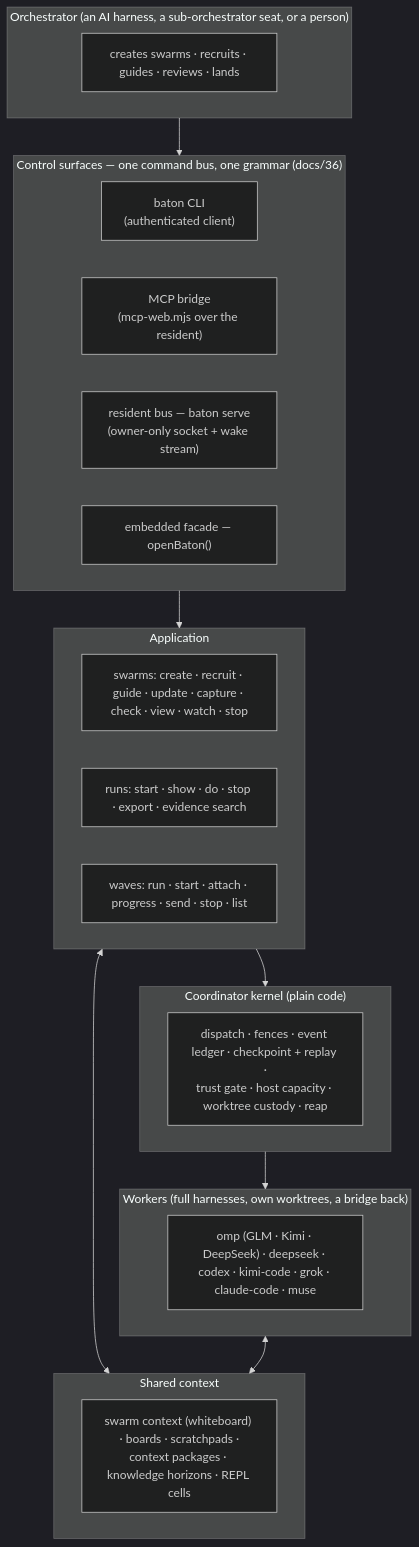
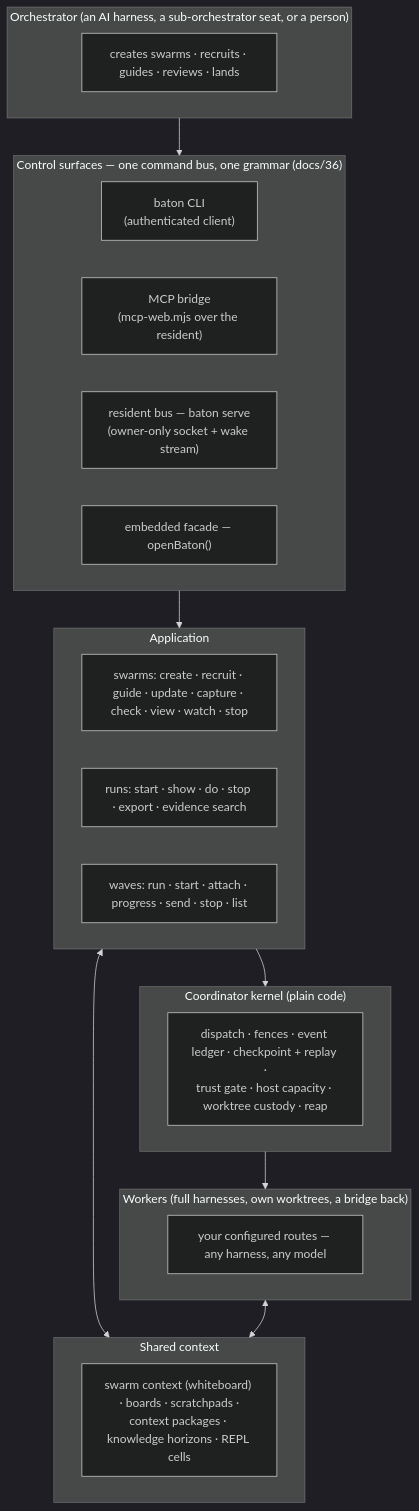
Before and after one commit to Flip-Engineering/baton: the diagram in README.md, drawn with Mermaid (dark theme). The commit also changed other lines of this file and 1 other file, not shown here.

````diff
--- a/README.md
+++ b/README.md
@@ -35,29 +31,29 @@
 ```mermaid
 flowchart TB
     subgraph YOU["Orchestrator (an AI harness, a sub-orchestrator seat, or a person)"]
         O[creates swarms · recruits · guides · reviews · lands]
     end
     subgraph SURFACES["Control surfaces — one command bus, one grammar (docs/36)"]
         CLI["baton CLI<br/>(authenticated client)"]
         MCP["MCP bridge<br/>(mcp-web.mjs over the resident)"]
         WEB["resident bus — baton serve<br/>(owner-only socket + wake stream)"]
         FAC["embedded facade — openBaton()"]
     end
     subgraph APP["Application"]
         SW["swarms: create · recruit · guide · update · capture · check · view · watch · stop"]
         RUN["runs: start · show · do · stop · export · evidence search"]
         WAVES["waves: run · start · attach · progress · send · stop · list"]
     end
     subgraph COLLAB["Shared context"]
         CTX["swarm context (whiteboard) · boards · scratchpads ·<br/>context packages · knowledge horizons · REPL cells"]
     end
     subgraph KERNEL["Coordinator kernel (plain code)"]
         COORD["dispatch · fences · event ledger · checkpoint + replay ·<br/>trust gate · host capacity · worktree custody · reap"]
     end
     subgraph FLEET["Workers (full harnesses, own worktrees, a bridge back)"]
-        W["omp (GLM · Kimi · DeepSeek) · deepseek · codex · kimi-code · grok · claude-code · muse"]
+        W["your configured routes — any harness, any model"]
     end
     YOU --> SURFACES --> APP --> KERNEL --> FLEET
     APP <--> COLLAB
     FLEET <--> COLLAB
 ```
````
